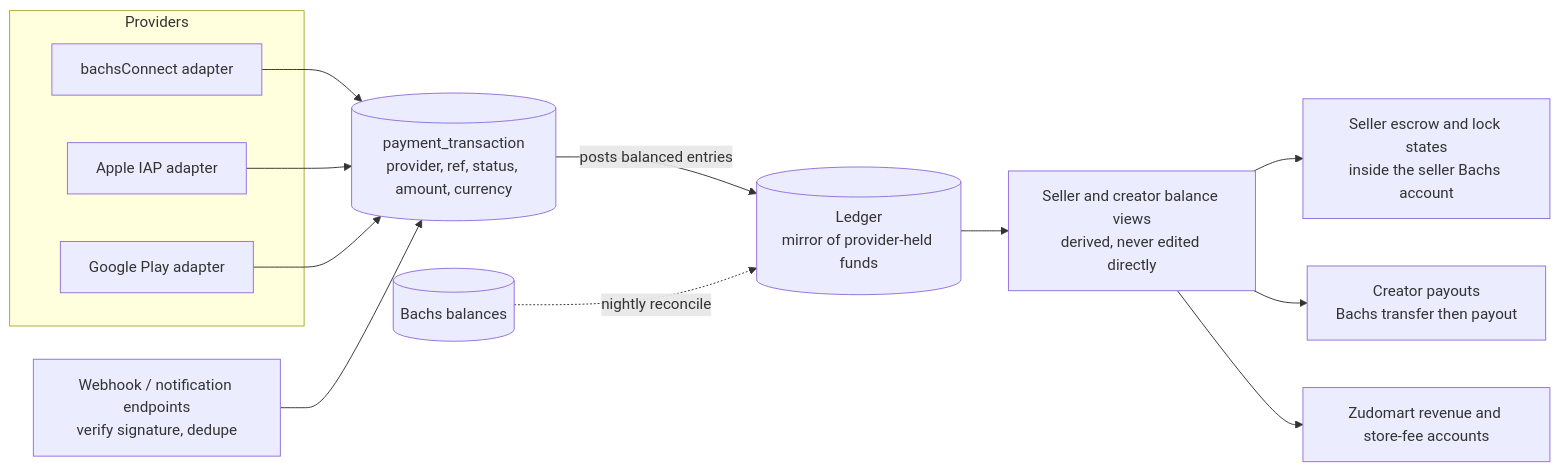
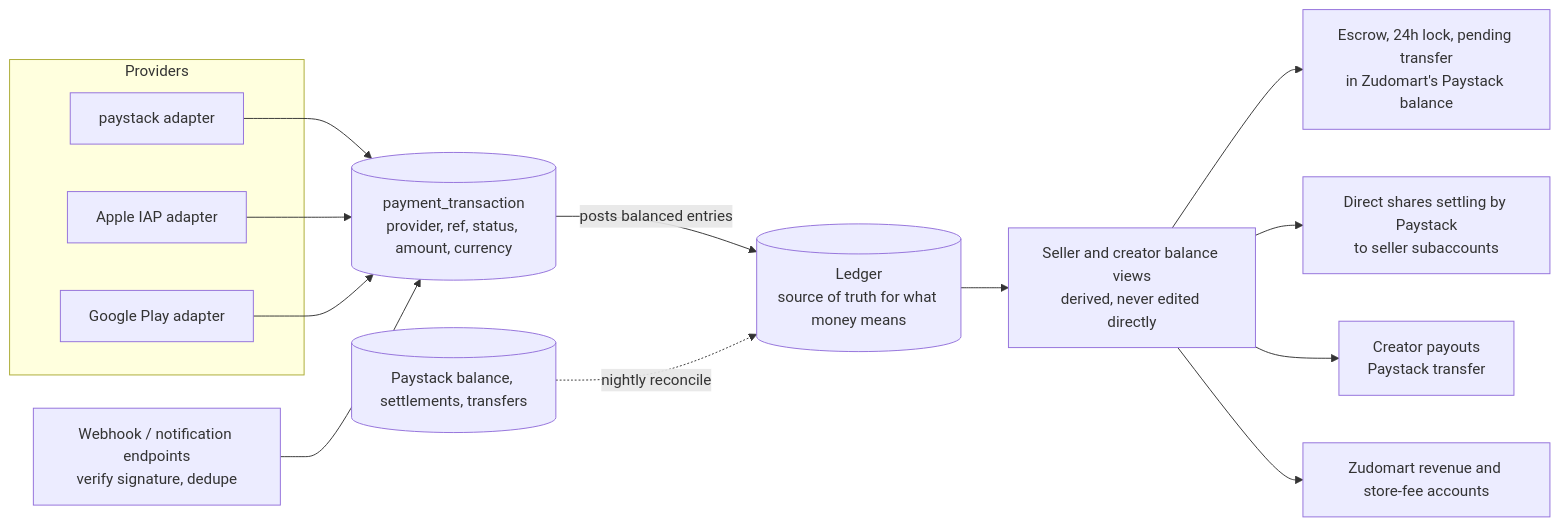
Before and after one commit to telente-technologies/nantty: the first of 7 diagrams in docs/architecture/payments.md, drawn with Mermaid. The commit also changed other lines of this file and 2 other files, not shown here.

Commit message:
docs(architecture): payments marketplace and events docs [skip build]

````diff
--- a/docs/architecture/payments.md
+++ b/docs/architecture/payments.md
@@ -54,18 +58,19 @@
 ```mermaid
 flowchart LR
   subgraph Providers
-    BC[bachsConnect adapter]
+    PS[paystack adapter]
     AP[Apple IAP adapter]
     GP[Google Play adapter]
   end
-  BC --> PT[(payment_transaction<br/>provider, ref, status, amount, currency)]
+  PS --> PT[(payment_transaction<br/>provider, ref, status, amount, currency)]
   AP --> PT
   GP --> PT
   WH[Webhook / notification endpoints<br/>verify signature, dedupe] --> PT
-  PT -->|"posts balanced entries"| LG[(Ledger<br/>mirror of provider-held funds)]
+  PT -->|"posts balanced entries"| LG[(Ledger<br/>source of truth for what money means)]
   LG --> W[Seller and creator balance views<br/>derived, never edited directly]
-  W --> SS[Seller escrow and lock states<br/>inside the seller Bachs account]
-  W --> CS[Creator payouts<br/>Bachs transfer then payout]
+  W --> SS[Escrow, 24h lock, pending transfer<br/>in Zudomart's Paystack balance]
+  W --> DS[Direct shares settling by Paystack<br/>to seller subaccounts]
+  W --> CS[Creator payouts<br/>Paystack transfer]
   W --> PL[Zudomart revenue and store-fee accounts]
-  BB[(Bachs balances)] -.->|nightly reconcile| LG
+  PB[(Paystack balance, settlements, transfers)] -.->|nightly reconcile| LG
 ```
````
